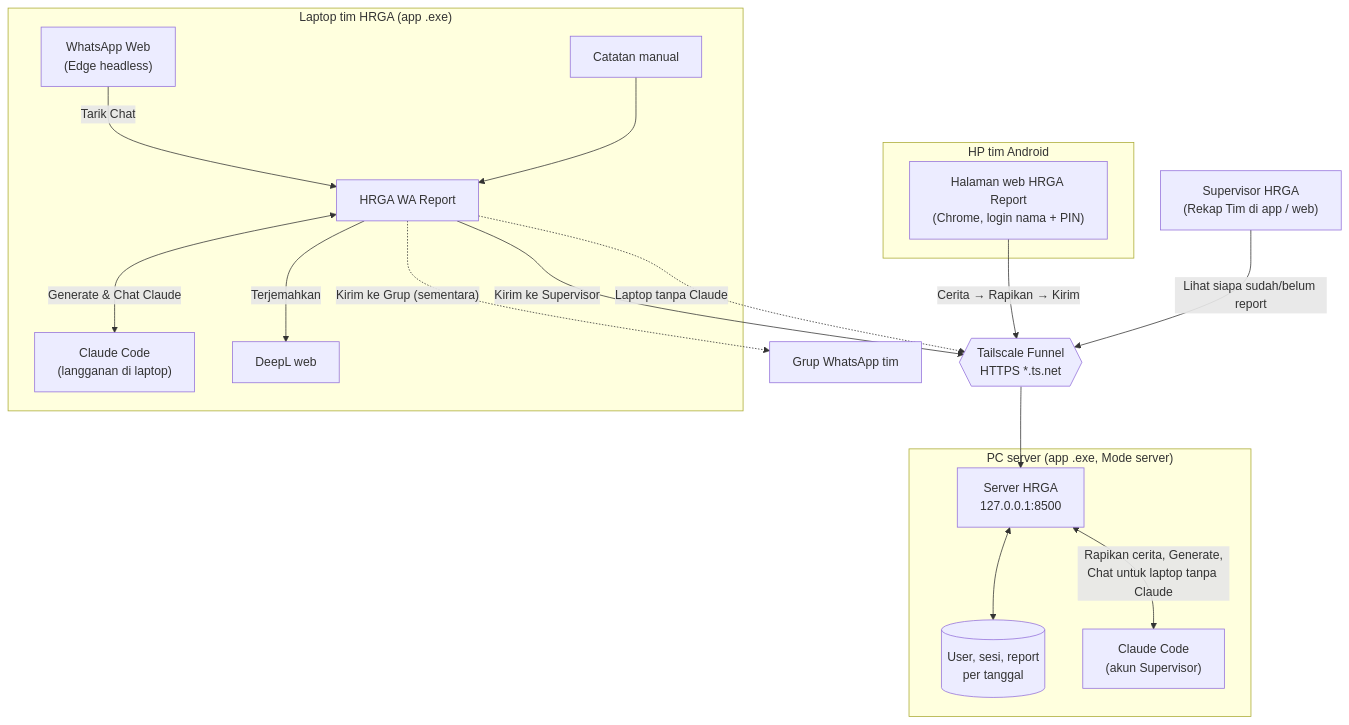
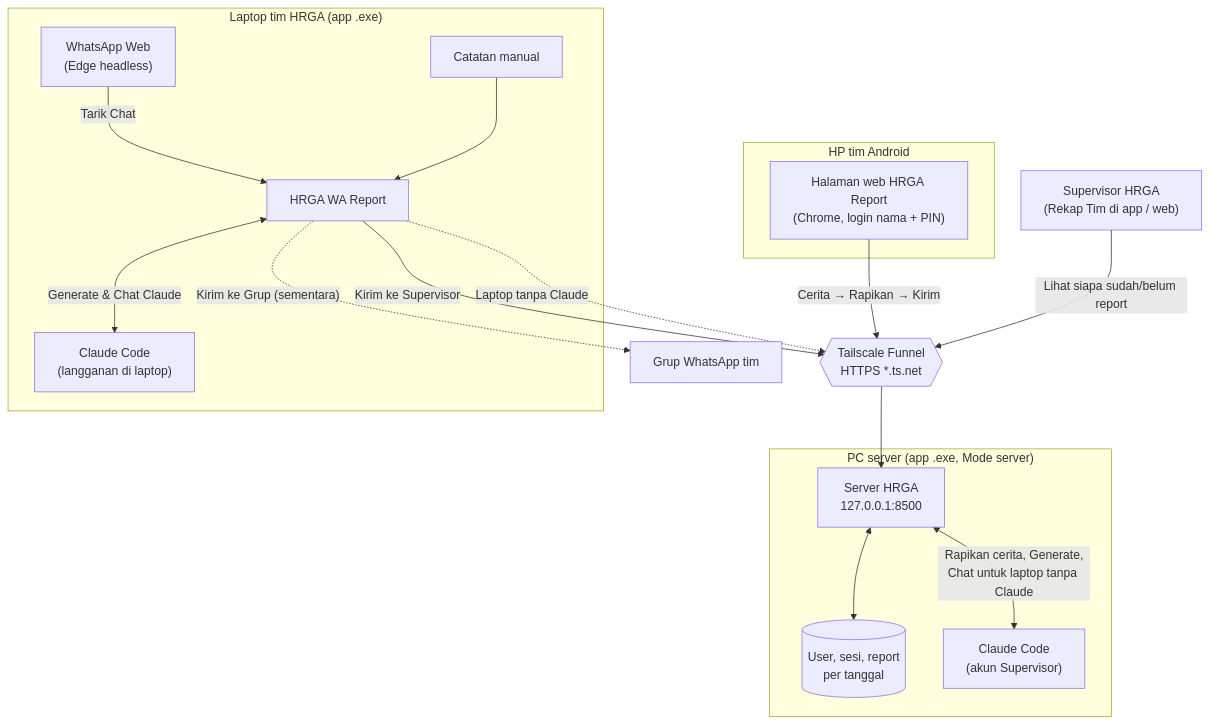
The diagram in README.md (r0corp/HRGA-Assistant), drawn with Mermaid before and after one commit. The commit also changed other lines of this file and 8 other files, not shown here.

Commit message:
Translate drafts with Claude (local or server) instead of DeepL web, which now shows a CAPTCHA

````diff
--- a/README.md
+++ b/README.md
@@ -9,31 +9,30 @@
 ```mermaid
 flowchart TB
     subgraph LAPTOP["Laptop tim HRGA (app .exe)"]
         WA["WhatsApp Web<br/>(Edge headless)"] -->|Tarik Chat| APP["HRGA WA Report"]
         NOTE["Catatan manual"] --> APP
         APP <-->|"Generate & Chat Claude"| CL["Claude Code<br/>(langganan di laptop)"]
-        APP -->|Terjemahkan| DL["DeepL web"]
-    end
+            end
 
     subgraph HP["HP tim Android"]
         WEB["Halaman web HRGA Report<br/>(Chrome, login nama + PIN)"]
     end
 
     subgraph SRV["PC server (app .exe, Mode server)"]
         API["Server HRGA<br/>127.0.0.1:8500"]
         DATA[("User, sesi, report<br/>per tanggal")]
         CLS["Claude Code<br/>(akun Supervisor)"]
         API <--> DATA
         API <-->|"Rapikan cerita, Generate,<br/>Chat untuk laptop tanpa Claude"| CLS
     end
 
     TS{{"Tailscale Funnel<br/>HTTPS *.ts.net"}}
 
     APP -->|"Kirim ke Supervisor"| TS
     APP -.->|"Laptop tanpa Claude"| TS
     WEB -->|"Cerita → Rapikan → Kirim"| TS
     TS --> API
     APP -.->|"Kirim ke Grup (sementara)"| GRP["Grup WhatsApp tim"]
 
     SPV["Supervisor HRGA<br/>(Rekap Tim di app / web)"] -->|"Lihat siapa sudah/belum report"| TS
 ```
````
